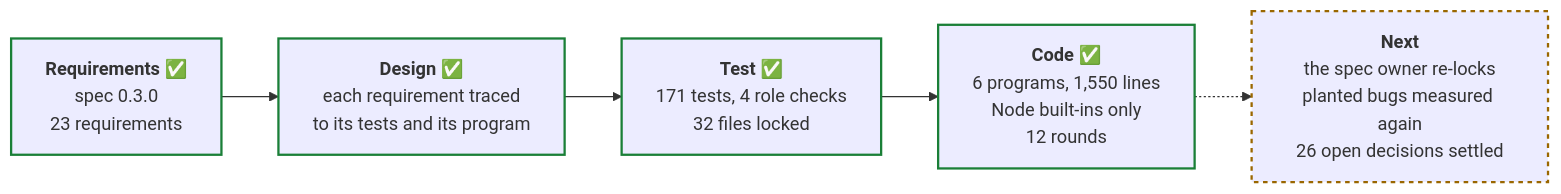
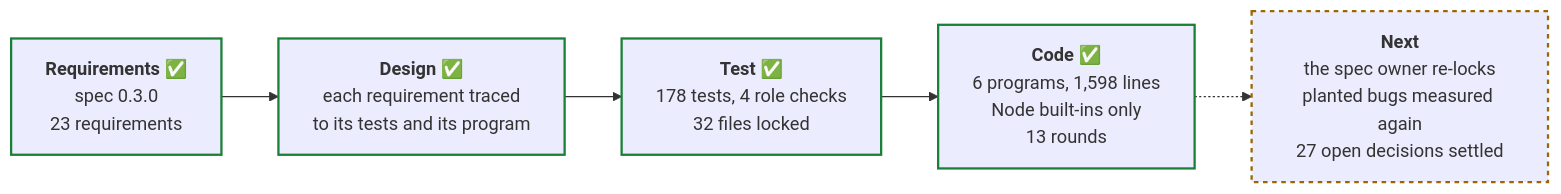
Before and after one commit to PaulDuvall/adlc-security-reviewer: the third of 4 diagrams in README.md, drawn with Mermaid. The commit also changed other lines of this file and 4 other files, not shown here.

````diff
--- a/README.md
+++ b/README.md
@@ -238,13 +238,13 @@
 ```mermaid
 flowchart LR
   req["<b>Requirements</b> ✅<br/>spec 0.3.0<br/>23 requirements"]
   des["<b>Design</b> ✅<br/>each requirement traced<br/>to its tests and its program"]
-  tst["<b>Test</b> ✅<br/>171 tests, 4 role checks<br/>32 files locked"]
-  cod["<b>Code</b> ✅<br/>6 programs, 1,550 lines<br/>Node built-ins only<br/>12 rounds"]
-  nxt["<b>Next</b><br/>the spec owner re-locks<br/>planted bugs measured again<br/>26 open decisions settled"]
+  tst["<b>Test</b> ✅<br/>178 tests, 4 role checks<br/>32 files locked"]
+  cod["<b>Code</b> ✅<br/>6 programs, 1,598 lines<br/>Node built-ins only<br/>13 rounds"]
+  nxt["<b>Next</b><br/>the spec owner re-locks<br/>planted bugs measured again<br/>27 open decisions settled"]
   req --> des --> tst --> cod -.-> nxt
   classDef done stroke:#1a7f37,stroke-width:2px
   classDef next stroke:#9a6700,stroke-width:2px,stroke-dasharray:4
   class req,des,tst,cod done
   class nxt next
 ```
````
